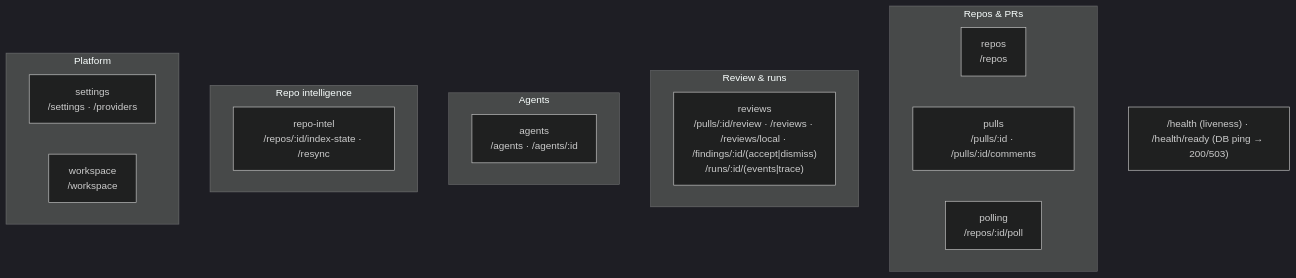
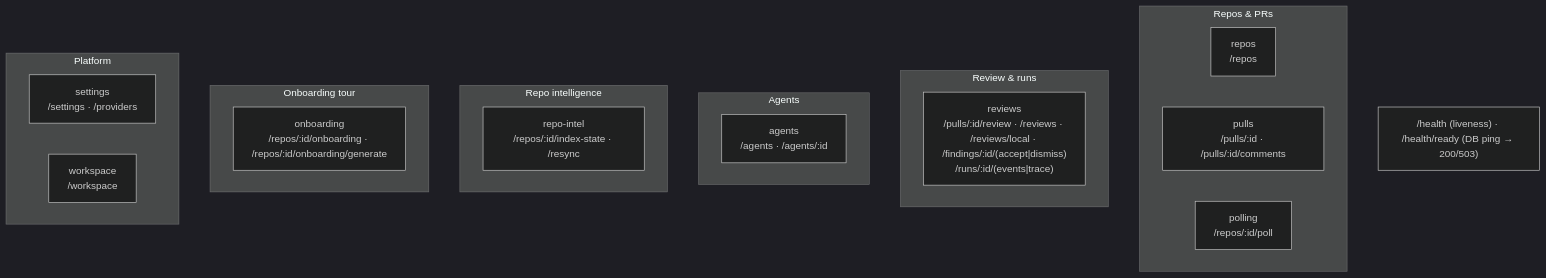
Before and after one commit to ZhabskyiO/dev-digest: the second of 2 diagrams in server/README.md, drawn with Mermaid (dark theme). The commit also changed other lines of this file and 4 other files, not shown here.

First line of the commit message:
docs(onboarding): document the tour and capture session insights

````diff
--- a/server/README.md
+++ b/server/README.md
@@ -64,22 +64,25 @@
 ```mermaid
 flowchart TB
   subgraph Repos_PRs["Repos & PRs"]
     repos["repos<br/>/repos"]
     pulls["pulls<br/>/pulls/:id · /pulls/:id/comments"]
     polling["polling<br/>/repos/:id/poll"]
   end
   subgraph Review["Review & runs"]
     reviews["reviews<br/>/pulls/:id/review · /reviews · /reviews/local · /findings/:id/(accept|dismiss)<br/>/runs/:id/(events|trace)"]
   end
   subgraph Agents["Agents"]
     agents["agents<br/>/agents · /agents/:id"]
   end
   subgraph Intel["Repo intelligence"]
     repoIntel["repo-intel<br/>/repos/:id/index-state · /resync"]
   end
+  subgraph Onboarding["Onboarding tour"]
+    onboarding["onboarding<br/>/repos/:id/onboarding · /repos/:id/onboarding/generate"]
+  end
   subgraph Platform["Platform"]
     settings["settings<br/>/settings · /providers"]
     workspace["workspace<br/>/workspace"]
   end
   HEALTH["/health (liveness) · /health/ready (DB ping → 200/503)"]
 ```
````
